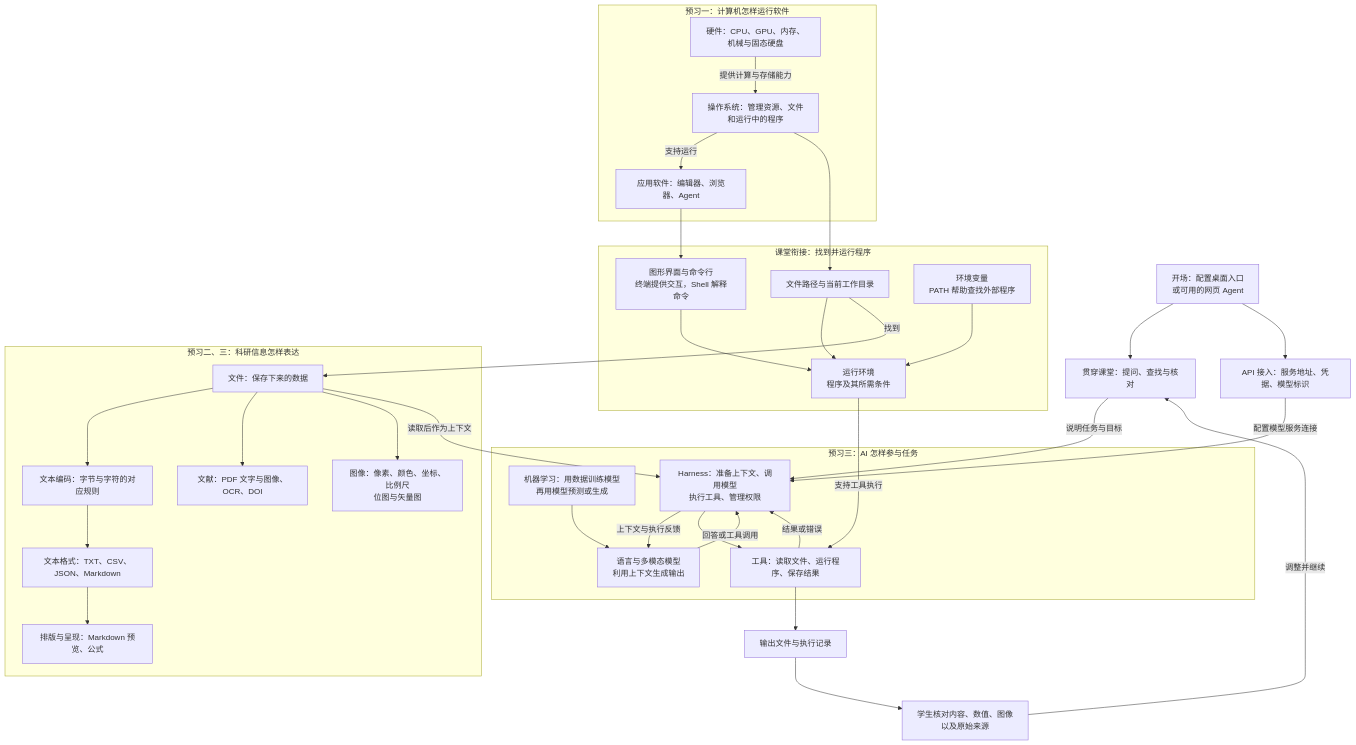
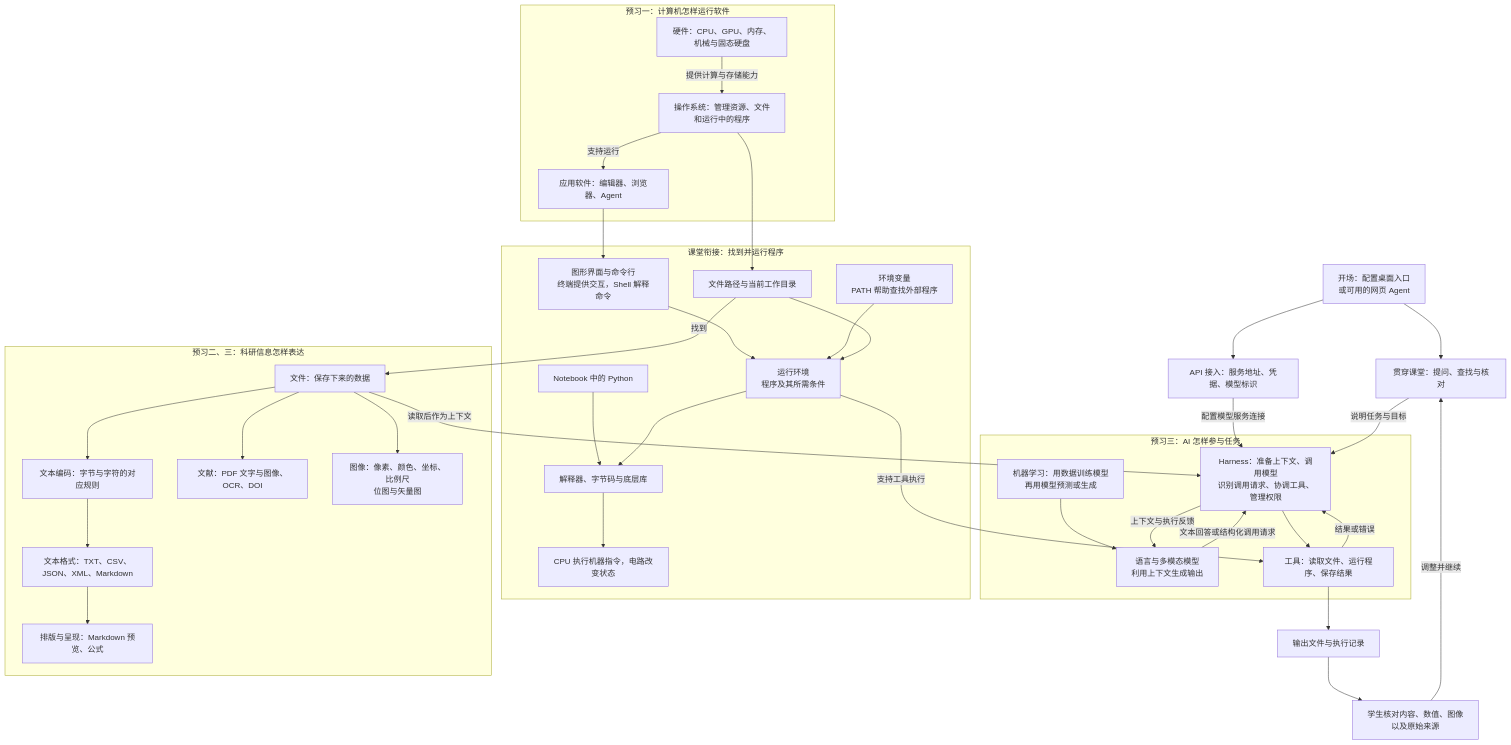
The diagram in lesson01/01_第一次课教学大纲.md (shadowater/ai-for-mat-science), drawn with Mermaid before and after one commit. The commit also changed other lines of this file and 11 other files, not shown here.

````diff
--- a/lesson01/01_第一次课教学大纲.md
+++ b/lesson01/01_第一次课教学大纲.md
@@ -36,60 +50,63 @@
 ```mermaid
 flowchart TB
     Start["开场：配置桌面入口<br/>或可用的网页 Agent"]
     Ask["贯穿课堂：提问、查找与核对"]
     Start --> Ask
     Connection["API 接入：服务地址、凭据、模型标识"]
     Start --> Connection
 
     subgraph Computer["预习一：计算机怎样运行软件"]
         HW["硬件：CPU、GPU、内存、机械与固态硬盘"]
         OS["操作系统：管理资源、文件<br/>和运行中的程序"]
         App["应用软件：编辑器、浏览器、Agent"]
         HW -->|"提供计算与存储能力"| OS
         OS -->|"支持运行"| App
     end
 
     subgraph Bridge["课堂衔接：找到并运行程序"]
         Entry["图形界面与命令行<br/>终端提供交互，Shell 解释命令"]
         Location["文件路径与当前工作目录"]
         Settings["环境变量<br/>PATH 帮助查找外部程序"]
         Runtime["运行环境<br/>程序及其所需条件"]
         Entry --> Runtime
+        Notebook["Notebook 中的 Python"] --> Interpreter["解释器、字节码与底层库"]
+        Interpreter --> Machine["CPU 执行机器指令，电路改变状态"]
+        Runtime --> Interpreter
         Settings --> Runtime
         Location --> Runtime
     end
     App --> Entry
     OS --> Location
 
     subgraph Information["预习二、三：科研信息怎样表达"]
         File["文件：保存下来的数据"]
         Text["文本编码：字节与字符的对应规则"]
-        Format["文本格式：TXT、CSV、JSON、Markdown"]
+        Format["文本格式：TXT、CSV、JSON、XML、Markdown"]
         Render["排版与呈现：Markdown 预览、公式"]
         PDF["文献：PDF 文字与图像、OCR、DOI"]
         Image["图像：像素、颜色、坐标、比例尺<br/>位图与矢量图"]
         File --> Text --> Format --> Render
         File --> PDF
         File --> Image
     end
     Location -->|"找到"| File
 
     subgraph AI["预习三：AI 怎样参与任务"]
         Learning["机器学习：用数据训练模型<br/>再用模型预测或生成"]
         Model["语言与多模态模型<br/>利用上下文生成输出"]
-        Harness["Harness：准备上下文、调用模型<br/>执行工具、管理权限"]
+        Harness["Harness：准备上下文、调用模型<br/>识别调用请求、协调工具、管理权限"]
         Tools["工具：读取文件、运行程序、保存结果"]
         Learning --> Model
-        Model -->|"回答或工具调用"| Harness
+        Model -->|"文本回答或结构化调用请求"| Harness
         Harness -->|"上下文与执行反馈"| Model
         Harness --> Tools
         Tools -->|"结果或错误"| Harness
     end
     Connection -->|"配置模型服务连接"| Harness
     Ask -->|"说明任务与目标"| Harness
     File -->|"读取后作为上下文"| Harness
     Runtime -->|"支持工具执行"| Tools
     Tools --> Result["输出文件与执行记录"]
     Result --> Check["学生核对内容、数值、图像<br/>以及原始来源"]
     Check -->|"调整并继续"| Ask
 ```
````
